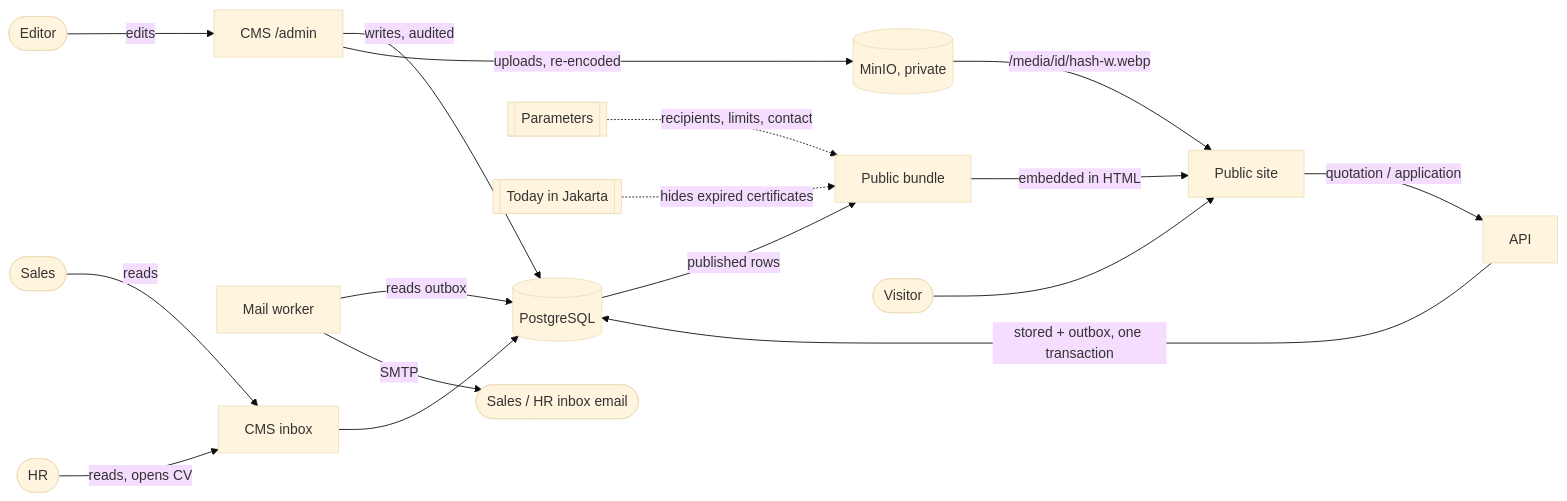
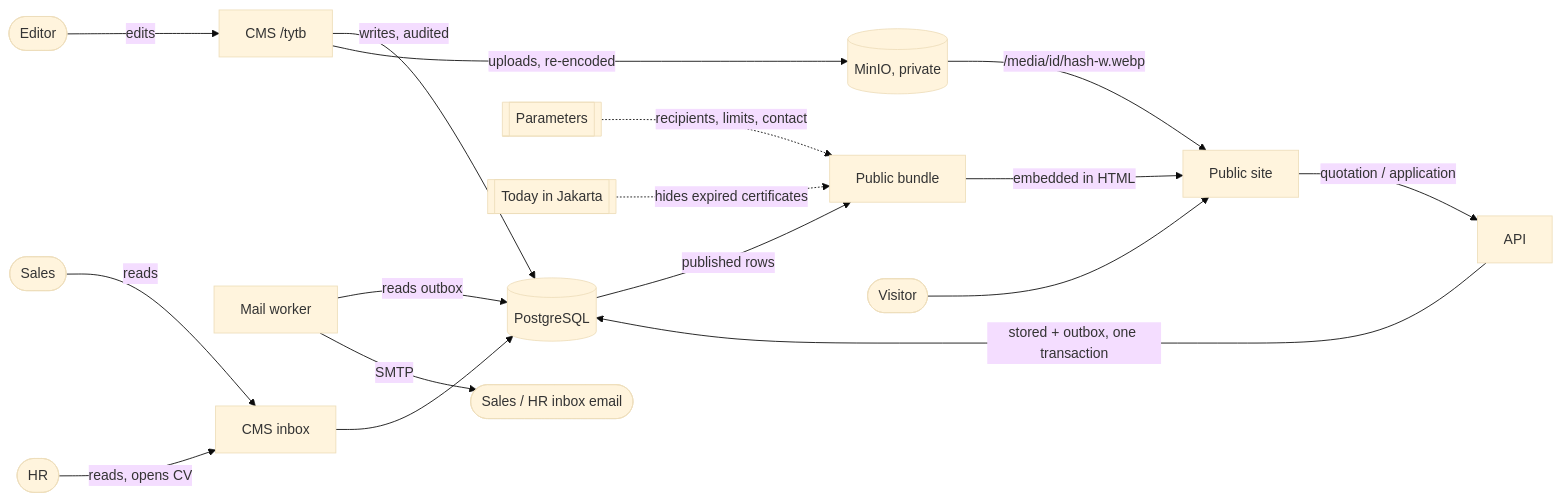
One commit to stevenwilliam/sunshinefacility_compro changed the first of 6 diagrams in docs/02a-general-flow.md. Above: the diagram before and after it, drawn with Mermaid (base theme). The commit also changed other lines of this file and 17 other files, not shown here.

First line of the commit message:
feat(cms): serve the CMS at /tytb instead of /admin

````diff
--- a/docs/02a-general-flow.md
+++ b/docs/02a-general-flow.md
@@ -9,19 +9,19 @@
 ```mermaid
 flowchart LR
-  Editor([Editor]) -->|edits| CMS[CMS /admin]
+  Editor([Editor]) -->|edits| CMS[CMS /tytb]
   CMS -->|writes, audited| DB[(PostgreSQL)]
   CMS -->|uploads, re-encoded| S3[(MinIO, private)]
   DB -->|published rows| Bundle[Public bundle]
   Params[[Parameters]] -.->|recipients, limits, contact| Bundle
   Today[[Today in Jakarta]] -.->|hides expired certificates| Bundle
   Bundle -->|embedded in HTML| Site[Public site]
   S3 -->|/media/id/hash-w.webp| Site
   Visitor([Visitor]) --> Site
   Site -->|quotation / application| API[API]
   API -->|stored + outbox, one transaction| DB
   Worker[Mail worker] -->|reads outbox| DB
   Worker -->|SMTP| Team([Sales / HR inbox email])
   Sales([Sales]) -->|reads| Inbox[CMS inbox]
   HR([HR]) -->|reads, opens CV| Inbox
   Inbox --> DB
 ```
````
